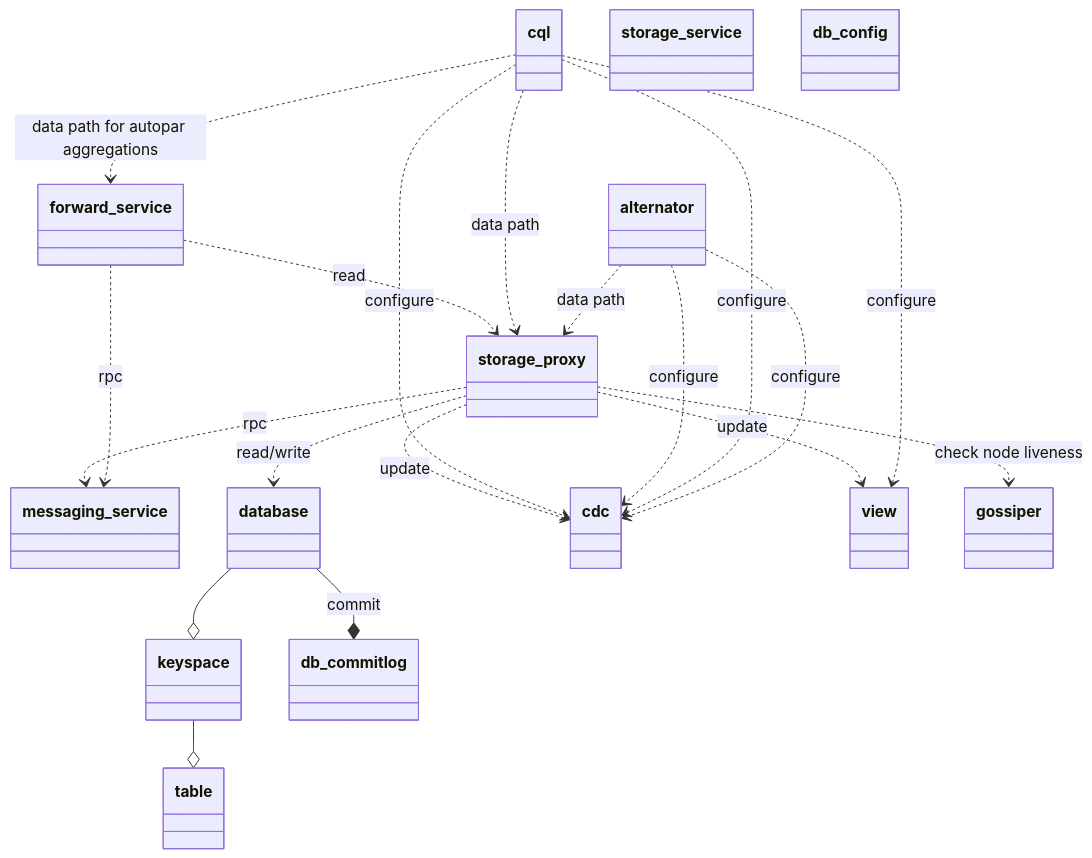
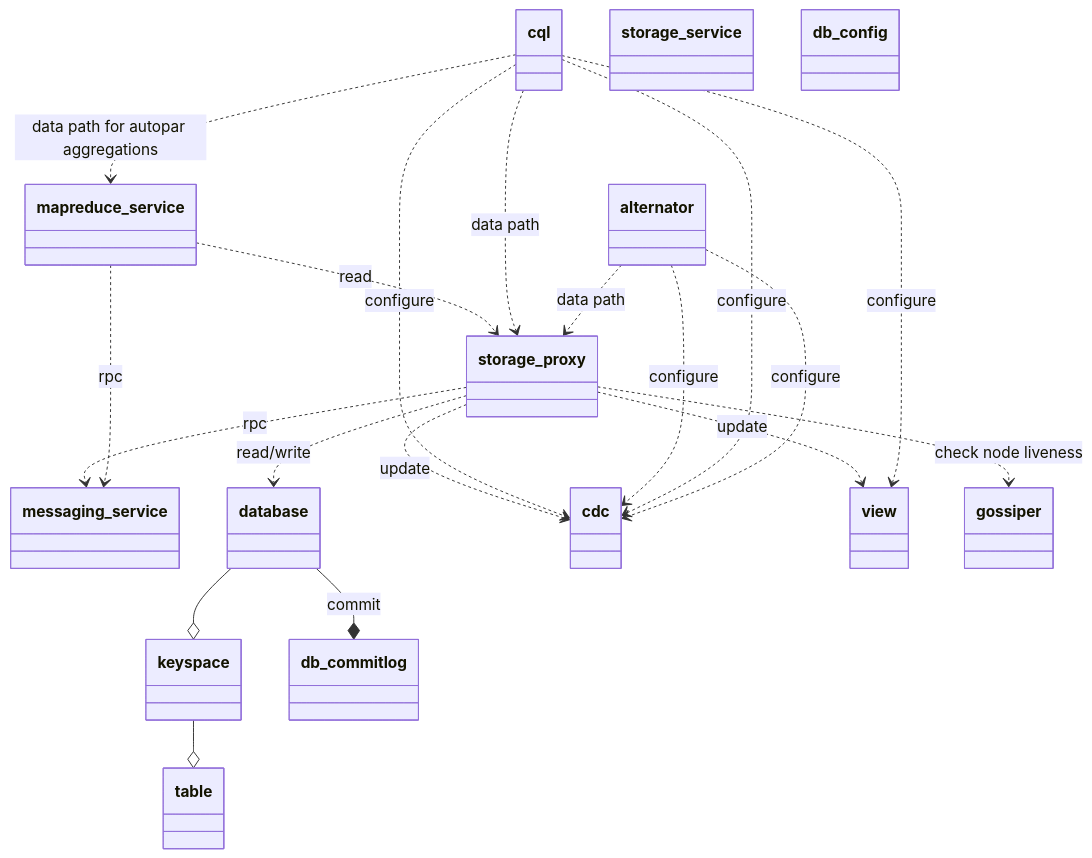
The diagram in docs/dev/modules.md (scylladb/scylladb), drawn with Mermaid before and after one commit. The commit also changed 18 other files, not shown here.

First line of the commit message:
forward_service: rename to mapreduce_service

````diff
--- a/docs/dev/modules.md
+++ b/docs/dev/modules.md
@@ -6,40 +6,40 @@
 ```mermaid
 classDiagram
 
 class storage_proxy
 class messaging_service
 class database
 class keyspace
 class table
 class cql
 class cdc
 class view
 class alternator
-class forward_service
+class mapreduce_service
 class storage_service
 class gossiper
 class db_config
 class db_commitlog
 
 storage_proxy ..> database : read/write
 storage_proxy ..> messaging_service : rpc
 storage_proxy ..> cdc : update
 storage_proxy ..> gossiper: check node liveness
 storage_proxy ..> view : update
 cql ..> cdc : configure
 cql ..> view : configure
 alternator ..> cdc : configure
-cql ..> forward_service : data path for autopar aggregations
-forward_service ..> storage_proxy : read
-forward_service ..> messaging_service : rpc
+cql ..> mapreduce_service : data path for autopar aggregations
+mapreduce_service ..> storage_proxy : read
+mapreduce_service ..> messaging_service : rpc
 cql ..> storage_proxy : data path
 alternator ..> storage_proxy : data path
 database --* db_commitlog : commit
 
 cql ..> cdc : configure
 alternator ..> cdc : configure
 
 database --o keyspace
 keyspace --o table
 
 ```
````
